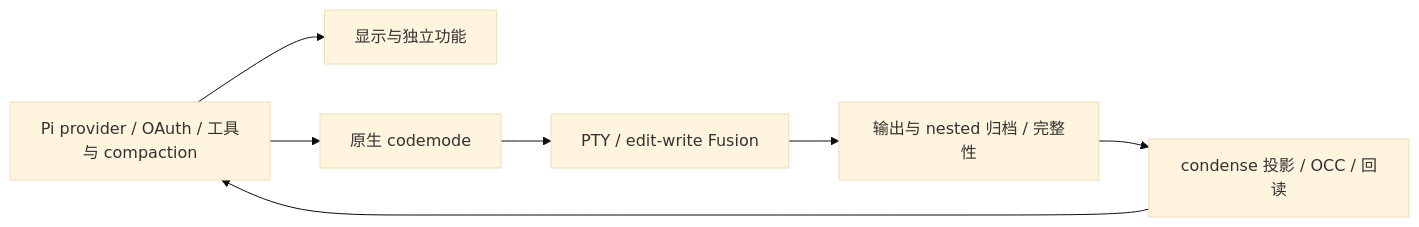
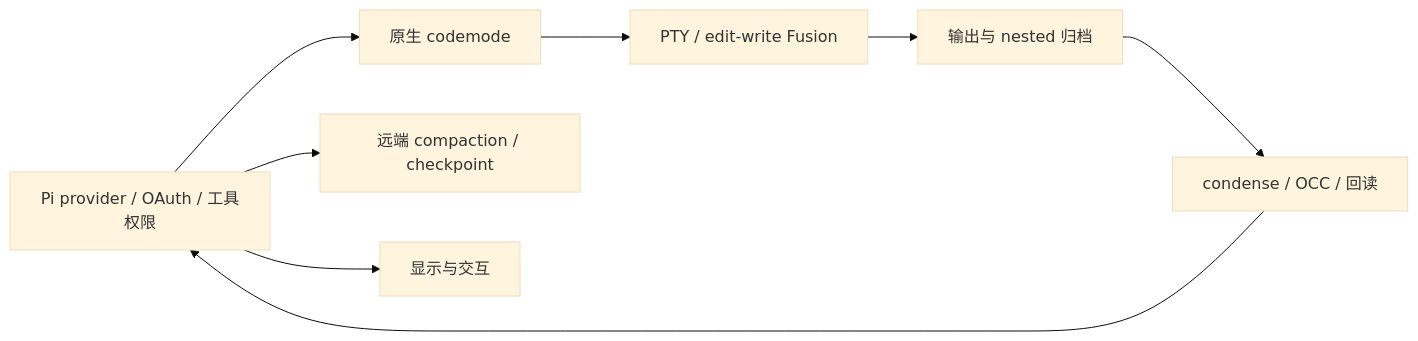
Before and after one commit to Rycen7822/metis-pi: the diagram in docs/architecture.md, drawn with Mermaid (base theme). The commit also changed other lines of this file and 26 other files, not shown here.

````diff
--- a/docs/architecture.md
+++ b/docs/architecture.md
@@ -46,9 +43,10 @@
 ```mermaid
 flowchart LR
-    Pi[Pi provider / OAuth / 工具与 compaction] --> UI[显示与独立功能]
-    Pi --> Native[原生 codemode]
-    Native --> Tools[PTY / edit-write Fusion]
-    Tools --> Archive[输出与 nested 归档 / 完整性]
-    Archive --> Condense[condense 投影 / OCC / 回读]
+    Pi[Pi provider / OAuth / 工具权限] --> Code[原生 codemode]
+    Code --> Tools[PTY / edit-write Fusion]
+    Tools --> Archive[输出与 nested 归档]
+    Archive --> Condense[condense / OCC / 回读]
     Condense --> Pi
+    Pi --> Remote[远端 compaction / checkpoint]
+    Pi --> UI[显示与交互]
 ```
````
